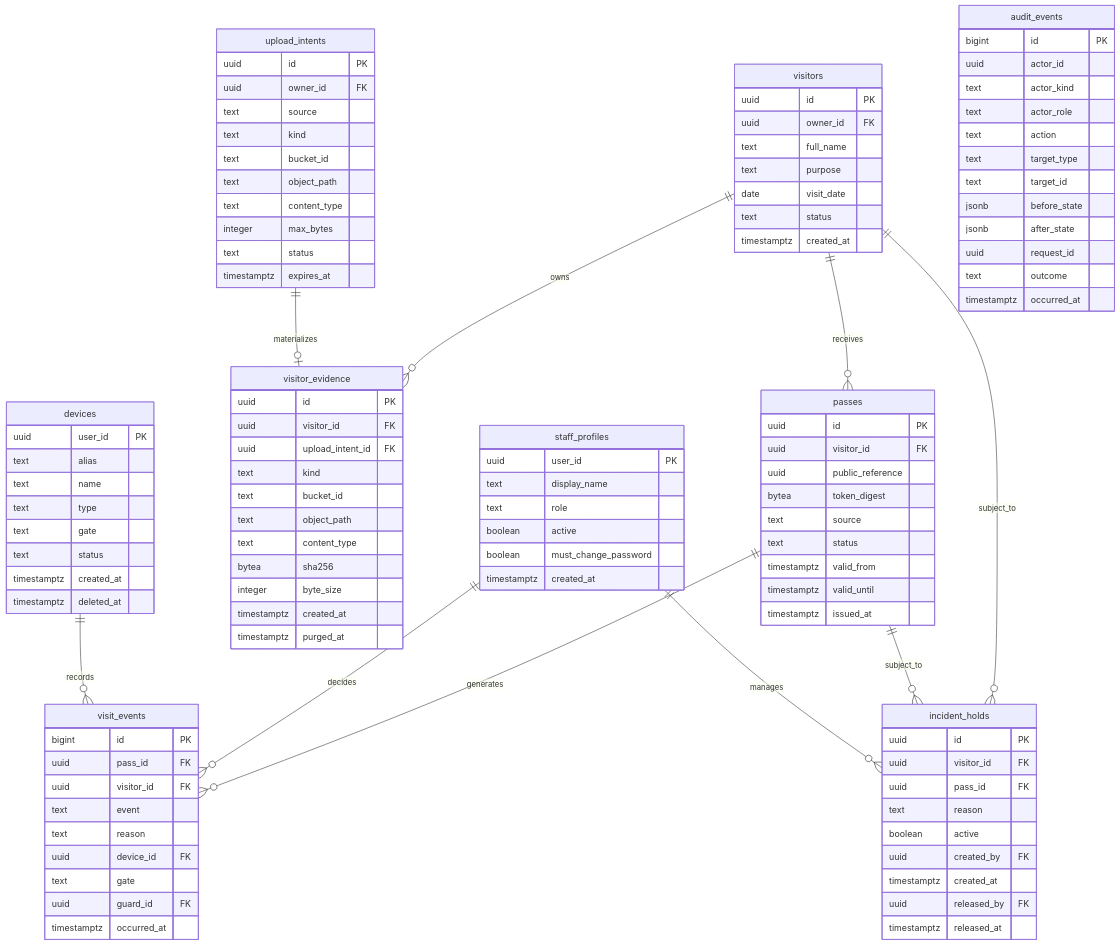
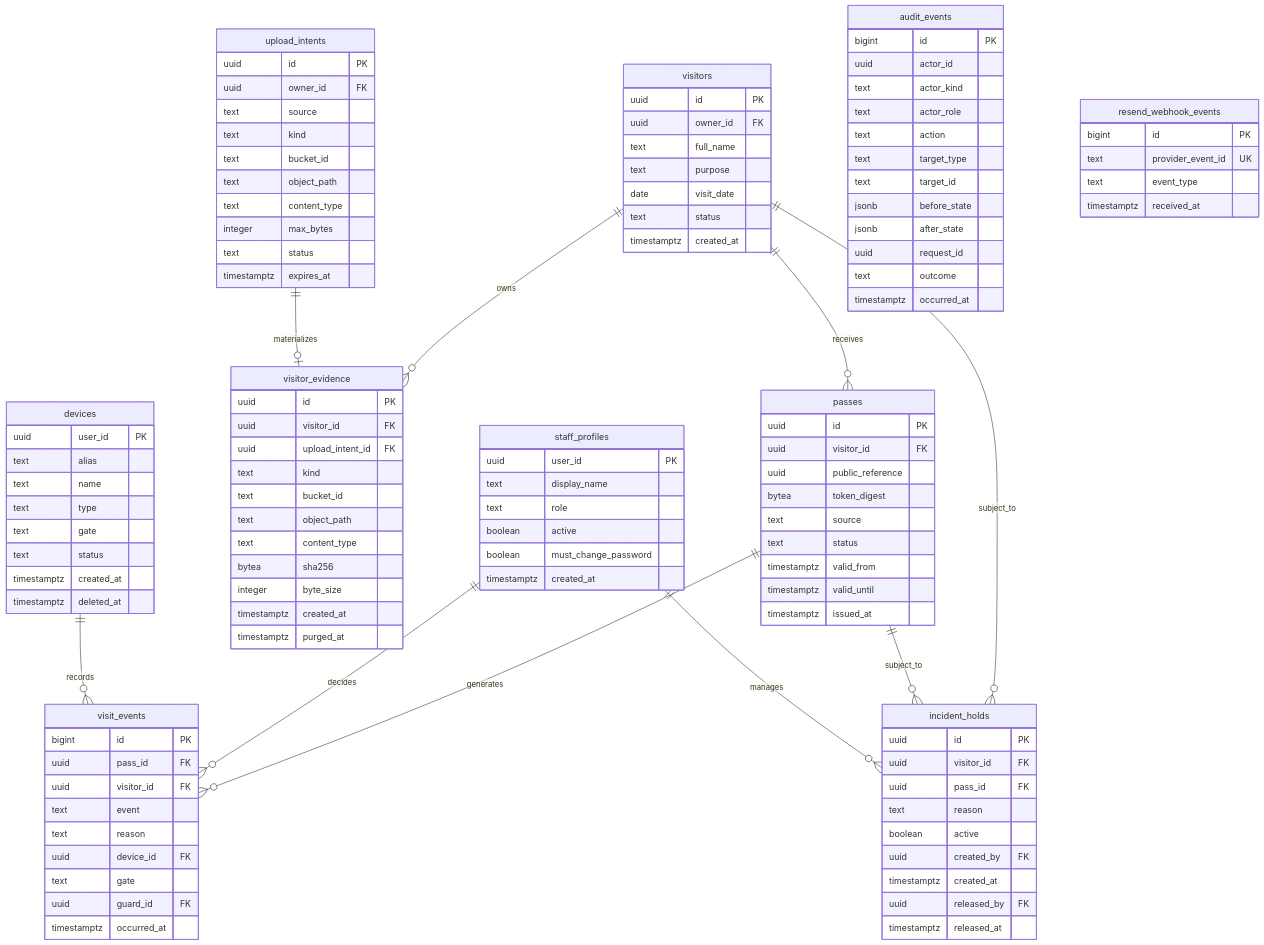
Before and after one commit to jsphhbna/egatepass: the second of 3 diagrams in docs/ARCHITECTURE.md, drawn with Mermaid. The commit also changed other lines of this file and 20 other files, not shown here.

````diff
--- a/docs/ARCHITECTURE.md
+++ b/docs/ARCHITECTURE.md
@@ -174,4 +178,11 @@
         uuid guard_id FK
         timestamptz occurred_at
     }
+
+    resend_webhook_events {
+        bigint id PK
+        text provider_event_id UK
+        text event_type
+        timestamptz received_at
+    }
 ```
````
